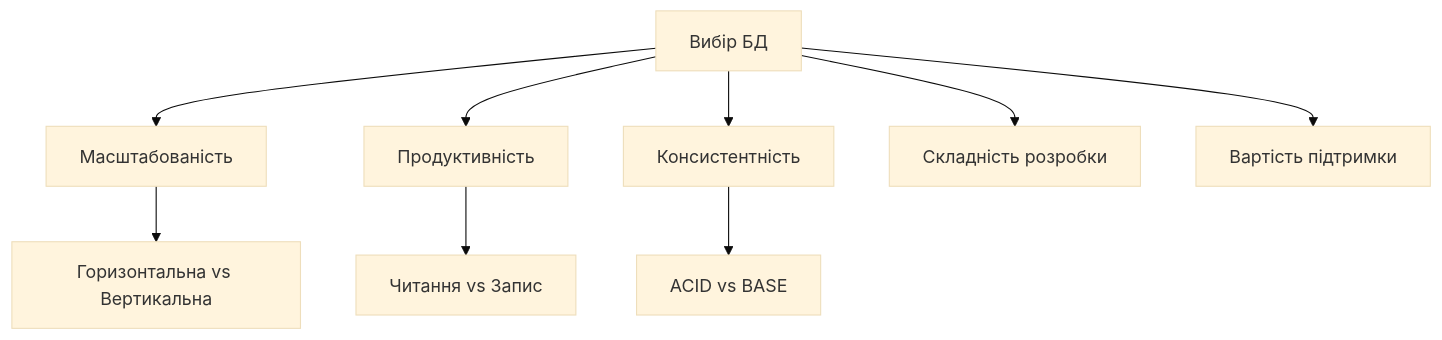
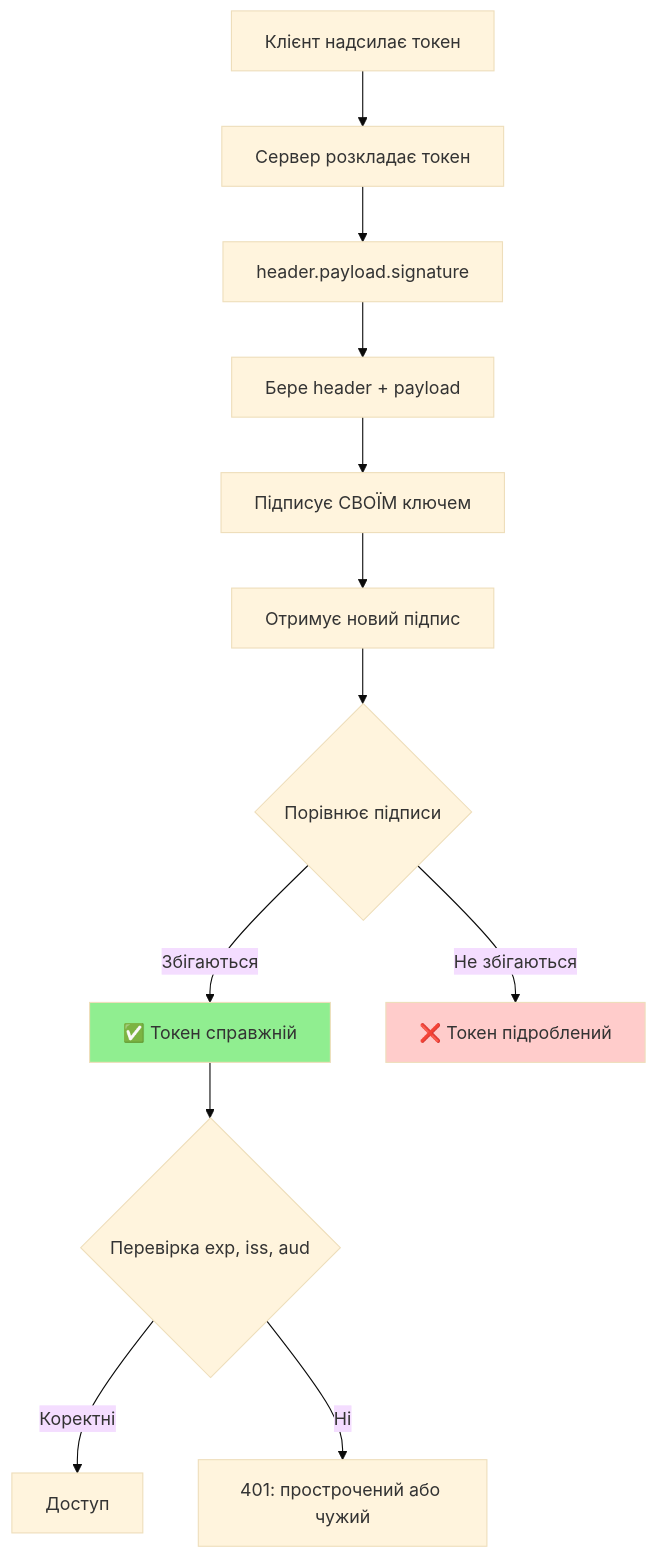
Before and after one commit to olroi421/course-web: the fourth of 10 diagrams in presentations/presentation-05.md, drawn with Mermaid (base theme). The commit also changed other lines of this file and 10 other files, not shown here.

````diff
--- a/presentations/presentation-05.md
+++ b/presentations/presentation-05.md
@@ -13,12 +96,20 @@
 ```mermaid
 graph TD
-    A[Вибір БД] --> B[Масштабованість]
-    A --> C[Продуктивність]
-    A --> D[Консистентність]
-    A --> E[Складність розробки]
-    A --> F[Вартість підтримки]
+    A[Клієнт надсилає токен] --> B[Сервер розкладає токен]
+    B --> C[header.payload.signature]
 
-    B --> G[Горизонтальна vs Вертикальна]
-    C --> H[Читання vs Запис]
-    D --> I[ACID vs BASE]
+    C --> D[Бере header + payload]
+    D --> E[Підписує СВОЇМ ключем]
+    E --> F[Отримує новий підпис]
+
+    F --> G{Порівнює підписи}
+    G -->|Збігаються| H[✅ Токен справжній]
+    G -->|Не збігаються| I[❌ Токен підроблений]
+
+    H --> J{Перевірка exp, iss, aud}
+    J -->|Коректні| K[Доступ]
+    J -->|Ні| L[401: прострочений або чужий]
+
+    style H fill:#90ee90
+    style I fill:#ffcccb
 ```
````
